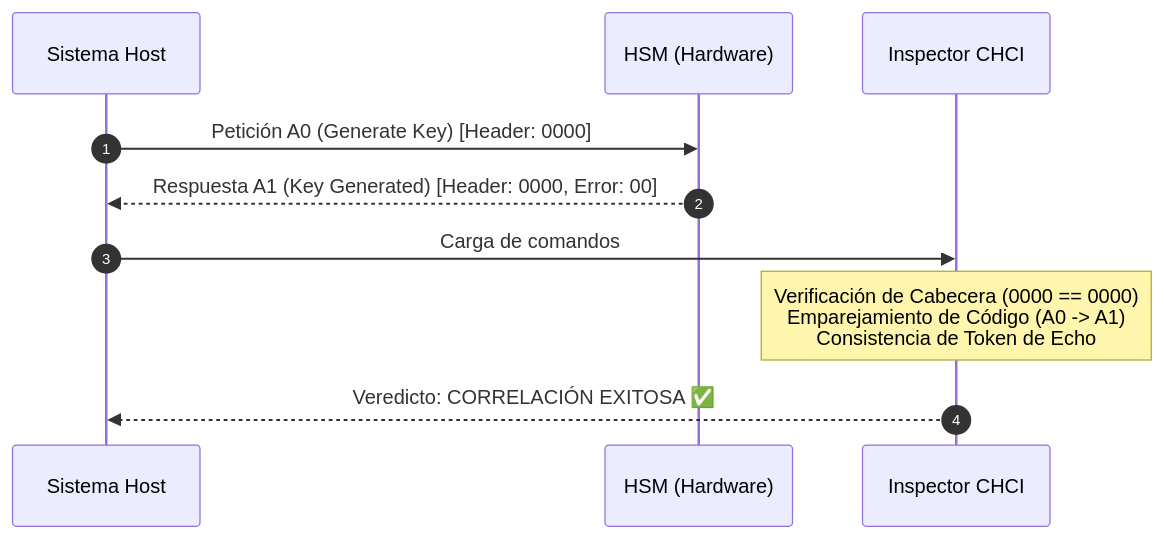
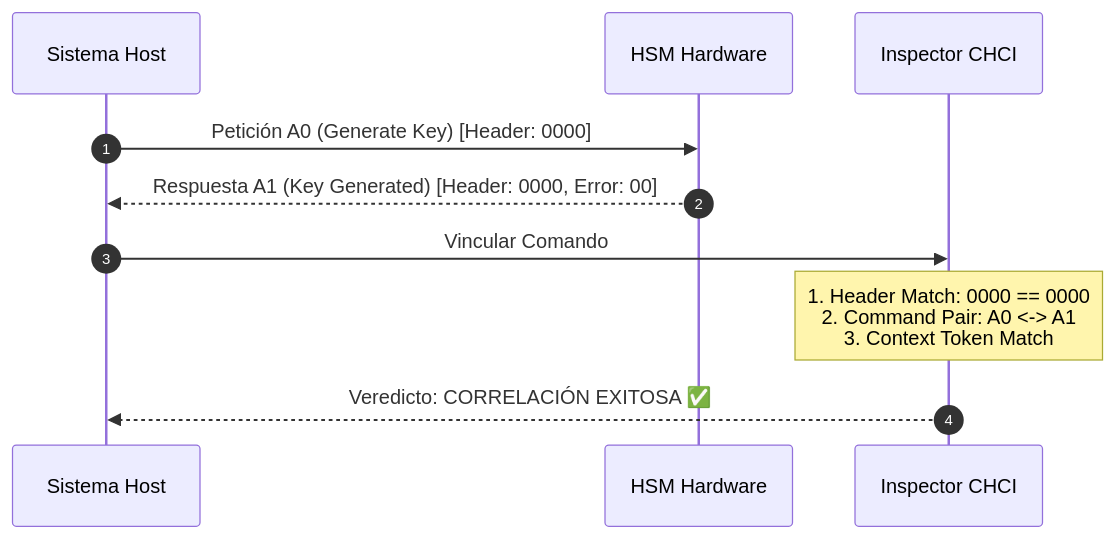
Before and after one commit to NeverWe1come/Crypto-Hardware-Command-Inspector: the third of 3 diagrams in docs/user-guide/es.md, drawn with Mermaid. The commit also changed other lines of this file and 23 other files, not shown here.

````diff
--- a/docs/user-guide/es.md
+++ b/docs/user-guide/es.md
@@ -106,13 +195,13 @@
 ```mermaid
 sequenceDiagram
     autonumber
     participant Host as Sistema Host
-    participant HSM as HSM (Hardware)
+    participant HSM as HSM Hardware
     participant CHCI as Inspector CHCI
 
     Host->>HSM: Petición A0 (Generate Key) [Header: 0000]
     HSM-->>Host: Respuesta A1 (Key Generated) [Header: 0000, Error: 00]
-    Host->>CHCI: Carga de comandos #1 y #2 vinculados
-    Note over CHCI: Verificación de Cabecera (0000 == 0000)<br/>Emparejamiento de Código (A0 -> A1)<br/>Consistencia de Token de Echo
+    Host->>CHCI: Vincular Comando #2 con Comando #1
+    Note over CHCI: 1. Header Match: 0000 == 0000<br/>2. Command Pair: A0 <-> A1<br/>3. Context Token Match
     CHCI-->>Host: Veredicto: CORRELACIÓN EXITOSA ✅
 ```
````
